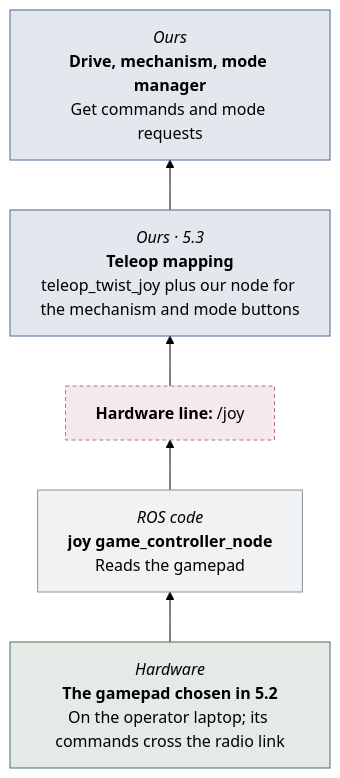
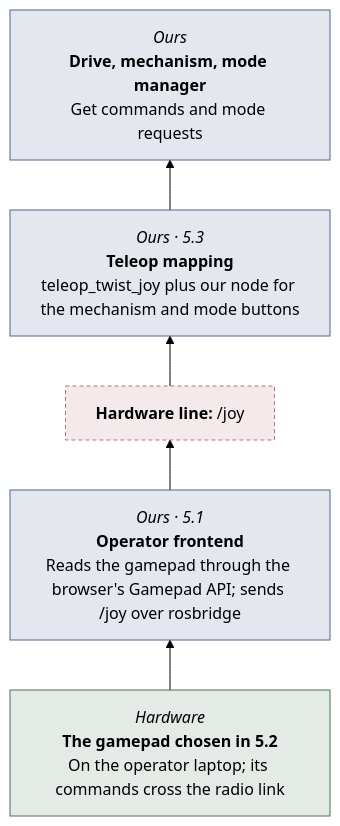
One commit to STAR-Robotics-Team/starrt-luna-software changed diagram 27 of 30 in docs/design/hardware-test-modes.md. Above: the diagram before and after it, drawn with Mermaid (forest theme). The commit also changed other lines of this file and 3 other files, not shown here.

First line of the commit message:
Match the design docs to the rosbridge operator station

````diff
--- a/docs/design/hardware-test-modes.md
+++ b/docs/design/hardware-test-modes.md
@@ -1313,35 +1313,35 @@
 ```mermaid
 ---
 config:
   flowchart:
     wrappingWidth: 260
 ---
 flowchart BT
   b1["`*Ours*
 **Drive, mechanism, mode manager**
 Get commands and mode requests`"]
   b2["`*Ours · 5.3*
 **Teleop mapping**
 teleop_twist_joy plus our node for the mechanism and mode buttons`"]
   line3["`**Hardware line:** /joy`"]
-  b4["`*ROS code*
-**joy game_controller_node**
-Reads the gamepad`"]
+  b4["`*Ours · 5.1*
+**Operator frontend**
+Reads the gamepad through the browser's Gamepad API; sends /joy over rosbridge`"]
   b5["`*Hardware*
 **The gamepad chosen in 5.2**
 On the operator laptop; its commands cross the radio link`"]
   b2 --> b1
   line3 --> b2
   b4 --> line3
   b5 --> b4
   classDef ours fill:#4c669026,stroke:#4c6690
   classDef ros fill:#8b939c1f,stroke:#8b939c
   classDef stand fill:#b0844526,stroke:#b08445
   classDef hw fill:#4a725926,stroke:#4a7259
   classDef hwline fill:#b9707c26,stroke:#b9707c,stroke-dasharray:4 3
   classDef ghost fill:none,stroke:#8b939c,stroke-dasharray:4 4,color:#8b939c
   class b1,b2 ours
   class line3 hwline
-  class b4 ros
+  class b4 ours
   class b5 hw
 ```
````
